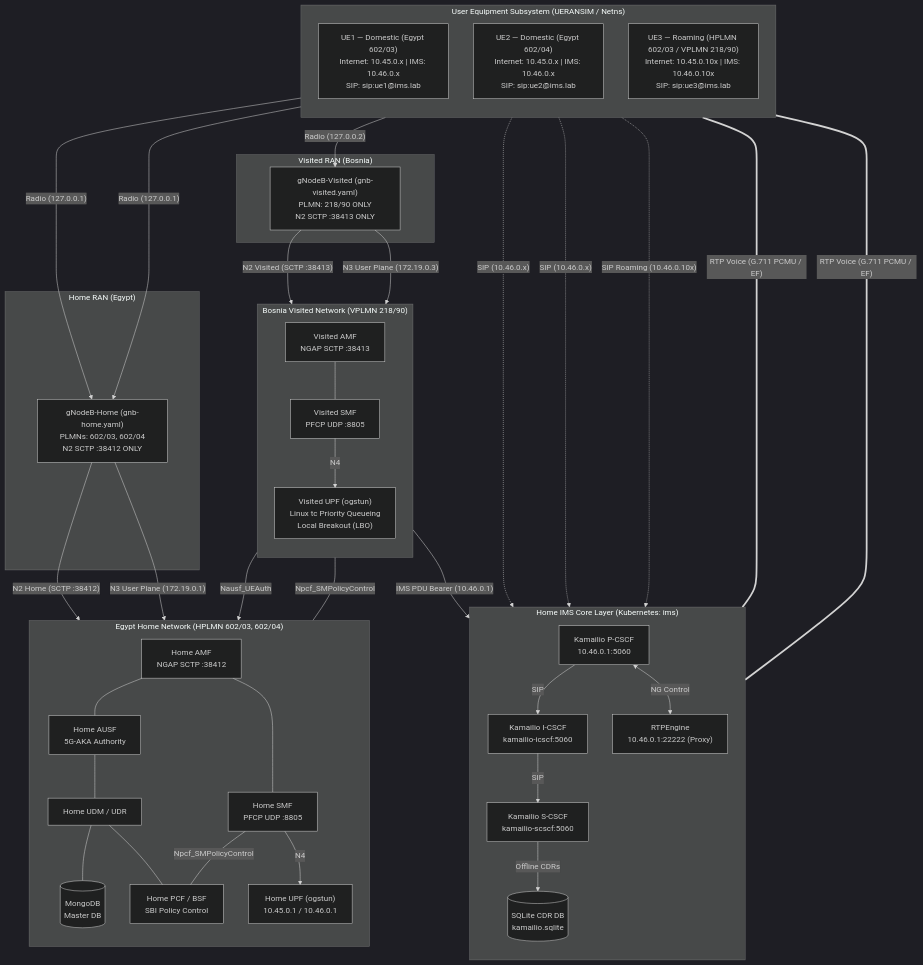
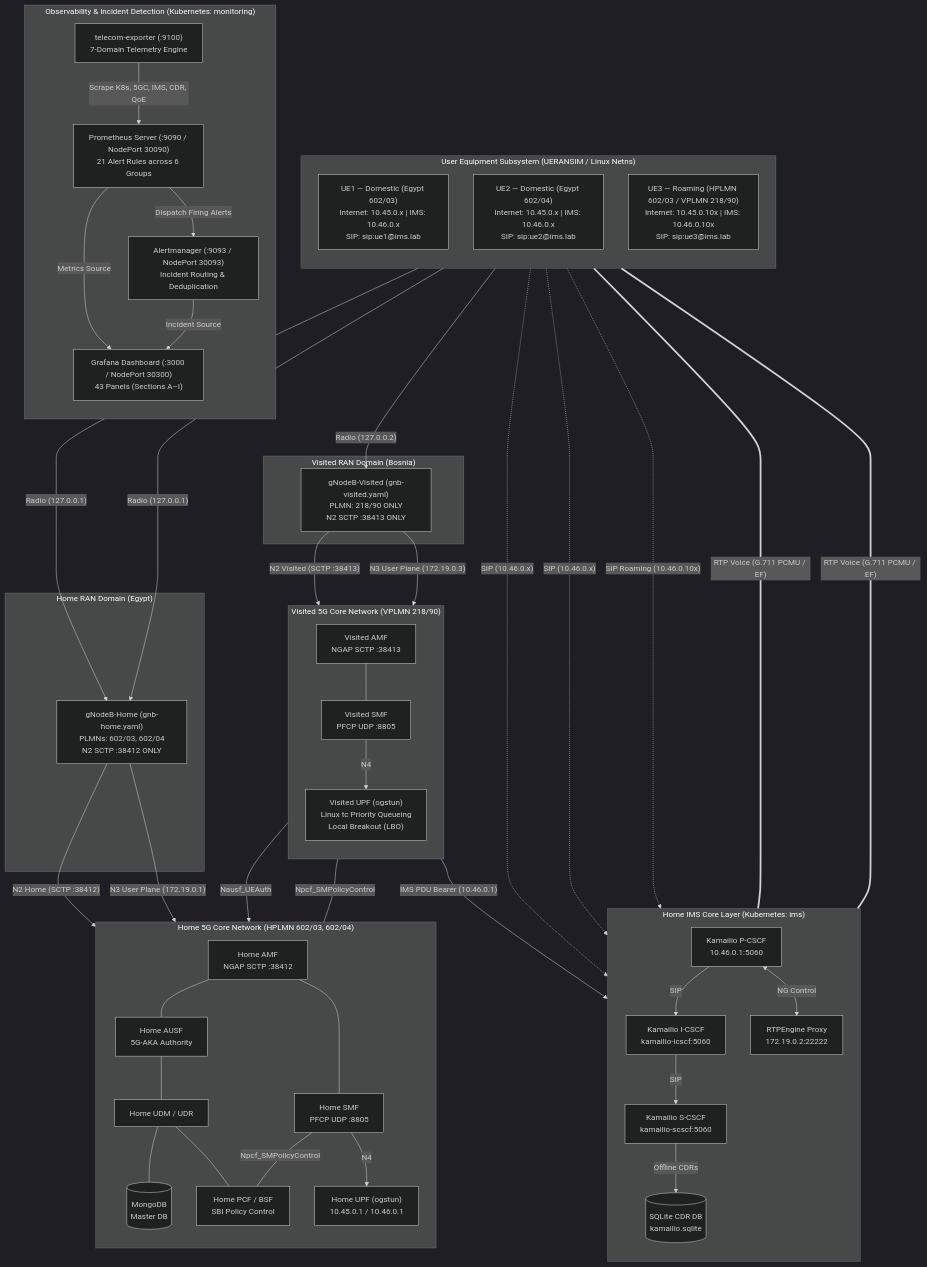
One commit to khattabpi/Open-Telecom-Lab changed the first of 3 diagrams in README.md. Above: the diagram before and after it, drawn with Mermaid (dark theme). The commit also changed other lines of this file, not shown here.

Commit message:
docs: finalize comprehensive 5G-IMS-Lab README

````diff
--- a/README.md
+++ b/README.md
@@ -33,21 +93,21 @@
 ```mermaid
 flowchart TB
-    subgraph UES["User Equipment Subsystem (UERANSIM / Netns)"]
+    subgraph UES["User Equipment Subsystem (UERANSIM / Linux Netns)"]
         direction TB
         UE1["UE1 — Domestic (Egypt 602/03)<br/>Internet: 10.45.0.x | IMS: 10.46.0.x<br/>SIP: sip:ue1@ims.lab"]
         UE2["UE2 — Domestic (Egypt 602/04)<br/>Internet: 10.45.0.x | IMS: 10.46.0.x<br/>SIP: sip:ue2@ims.lab"]
         UE3["UE3 — Roaming (HPLMN 602/03 / VPLMN 218/90)<br/>Internet: 10.45.0.10x | IMS: 10.46.0.10x<br/>SIP: sip:ue3@ims.lab"]
     end
 
-    subgraph RAN_HOME["Home RAN (Egypt)"]
+    subgraph RAN_HOME["Home RAN Domain (Egypt)"]
         GNB_HOME["gNodeB-Home (gnb-home.yaml)<br/>PLMNs: 602/03, 602/04<br/>N2 SCTP :38412 ONLY"]
     end
 
-    subgraph RAN_VISITED["Visited RAN (Bosnia)"]
+    subgraph RAN_VISITED["Visited RAN Domain (Bosnia)"]
         GNB_VISITED["gNodeB-Visited (gnb-visited.yaml)<br/>PLMN: 218/90 ONLY<br/>N2 SCTP :38413 ONLY"]
     end
 
-    subgraph EGYPT_HPLMN["Egypt Home Network (HPLMN 602/03, 602/04)"]
+    subgraph EGYPT_HPLMN["Home 5G Core Network (HPLMN 602/03, 602/04)"]
         direction TB
         HAMF["Home AMF<br/>NGAP SCTP :38412"]
         HSMF["Home SMF<br/>PFCP UDP :8805"]
@@ -58,7 +118,7 @@
         HMONGO[("MongoDB<br/>Master DB")]
     end
 
-    subgraph BOSNIA_VPLMN["Bosnia Visited Network (VPLMN 218/90)"]
+    subgraph BOSNIA_VPLMN["Visited 5G Core Network (VPLMN 218/90)"]
         direction TB
         VAMF["Visited AMF<br/>NGAP SCTP :38413"]
         VSMF["Visited SMF<br/>PFCP UDP :8805"]
@@ -70,8 +130,16 @@
         PCSCF["Kamailio P-CSCF<br/>10.46.0.1:5060"]
         ICSCF["Kamailio I-CSCF<br/>kamailio-icscf:5060"]
         SCSCF["Kamailio S-CSCF<br/>kamailio-scscf:5060"]
-        RTPENG["RTPEngine<br/>10.46.0.1:22222 (Proxy)"]
+        RTPENG["RTPEngine Proxy<br/>172.19.0.2:22222"]
         SQLDB[("SQLite CDR DB<br/>kamailio.sqlite")]
+    end
+
+    subgraph OBS_STACK["Observability & Incident Detection (Kubernetes: monitoring)"]
+        direction TB
+        EXPORTER["telecom-exporter (:9100)<br/>7-Domain Telemetry Engine"]
+        PROM["Prometheus Server (:9090 / NodePort 30090)<br/>21 Alert Rules across 6 Groups"]
+        AM["Alertmanager (:9093 / NodePort 30093)<br/>Incident Routing & Deduplication"]
+        GRAF["Grafana Dashboard (:3000 / NodePort 30300)<br/>43 Panels (Sections A–I)"]
     end
 
     UE1 -->|"Radio (127.0.0.1)"| GNB_HOME
@@ -109,4 +177,9 @@
 
     UE1 ===|"RTP Voice (G.711 PCMU / EF)"| RTPENG
     UE3 ===|"RTP Voice (G.711 PCMU / EF)"| RTPENG
+
+    EXPORTER -->|"Scrape K8s, 5GC, IMS, CDR, QoE"| PROM
+    PROM -->|"Dispatch Firing Alerts"| AM
+    PROM -->|"Metrics Source"| GRAF
+    AM -->|"Incident Source"| GRAF
 ```
````
